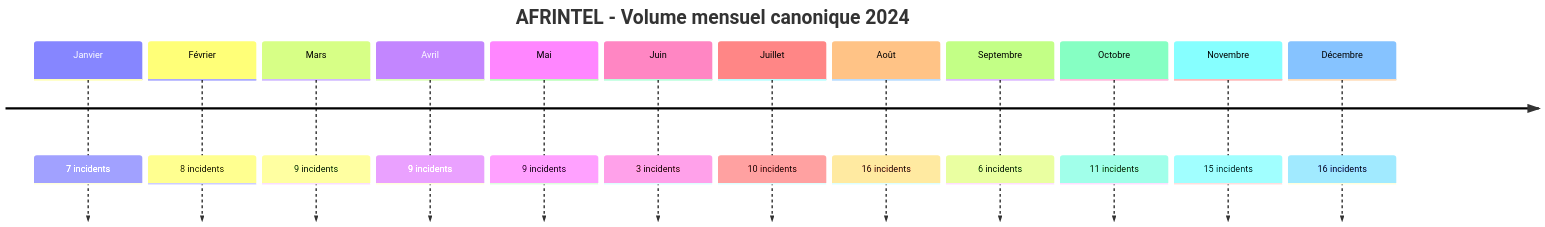
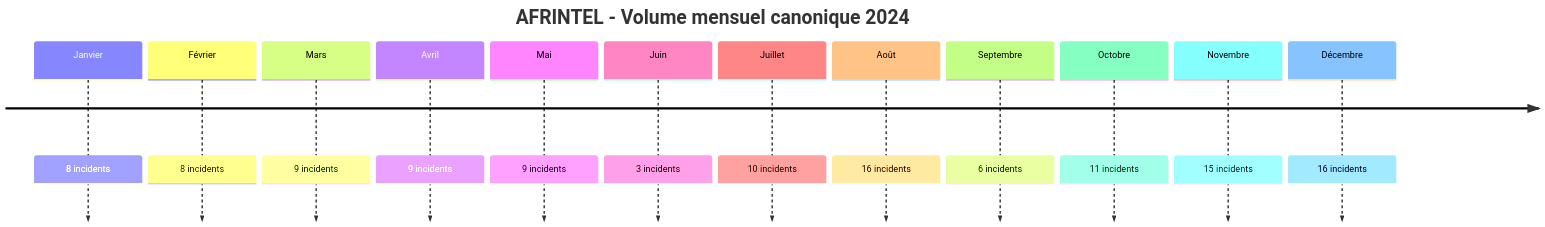
One commit to Hatchepsoute/AFRINTEL changed the first of 2 diagrams in CyberAttackAfrica/2024/README_FR.md. Above: the diagram before and after it, drawn with Mermaid. The commit also changed other lines of this file and 25 other files, not shown here.

````diff
--- a/CyberAttackAfrica/2024/README_FR.md
+++ b/CyberAttackAfrica/2024/README_FR.md
@@ -60,16 +48,16 @@
 ```mermaid
 timeline
     title AFRINTEL - Volume mensuel canonique 2024
-    Janvier : 7 incidents
+    Janvier : 8 incidents
     Février : 8 incidents
     Mars : 9 incidents
     Avril : 9 incidents
     Mai : 9 incidents
     Juin : 3 incidents
     Juillet : 10 incidents
     Août : 16 incidents
     Septembre : 6 incidents
     Octobre : 11 incidents
     Novembre : 15 incidents
     Décembre : 16 incidents
 ```
````
